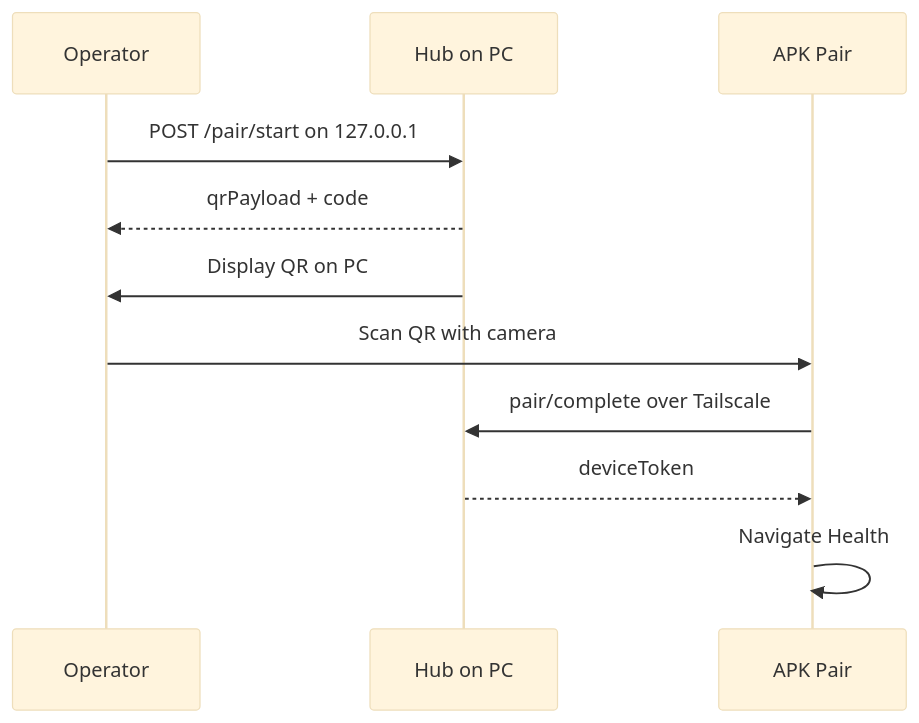
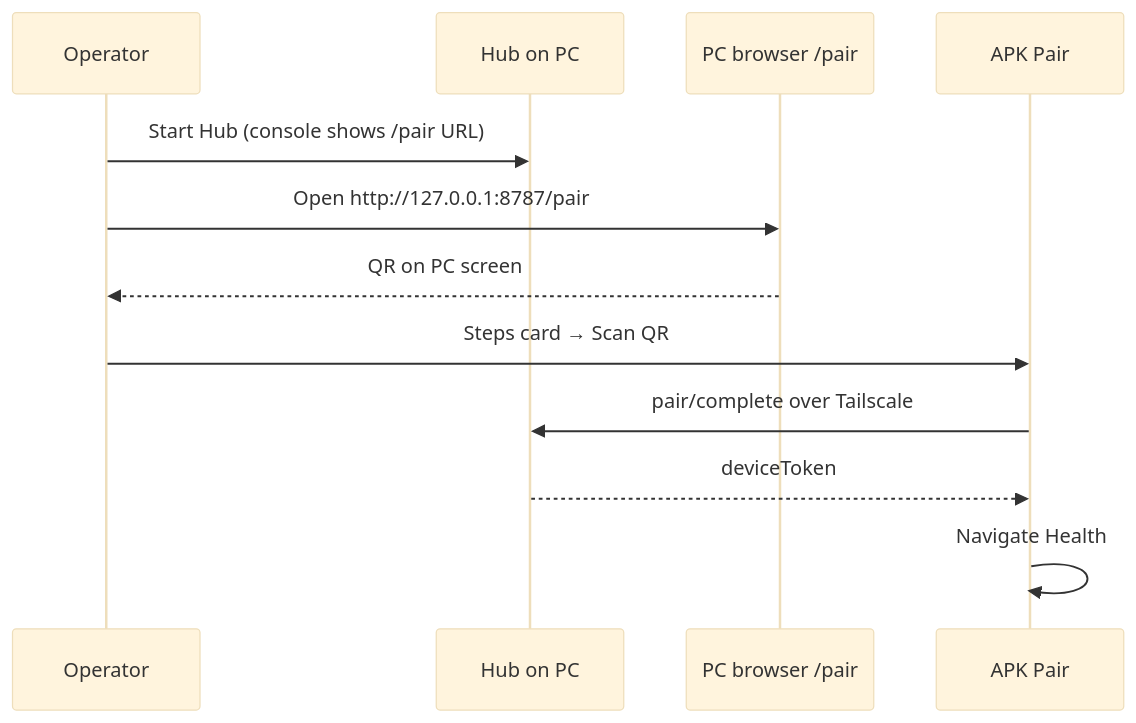
Before and after one commit to KingEGame/cursor-mobile: diagram 17 of 23 in .planning/phases/05-mobile-ux-contract/05-UI-SPEC.md, drawn with Mermaid (base theme). The commit also changed other lines of this file and 19 other files, not shown here.

````diff
--- a/.planning/phases/05-mobile-ux-contract/05-UI-SPEC.md
+++ b/.planning/phases/05-mobile-ux-contract/05-UI-SPEC.md
@@ -980,13 +1056,14 @@
 ```mermaid
 sequenceDiagram
   participant Op as Operator
-  participant PC as Hub on PC
+  participant Hub as Hub on PC
+  participant Browser as PC browser /pair
   participant Phone as APK Pair
-  Op->>PC: POST /pair/start on 127.0.0.1
-  PC-->>Op: qrPayload + code
-  PC->>Op: Display QR on PC
-  Op->>Phone: Scan QR with camera
-  Phone->>PC: pair/complete over Tailscale
-  PC-->>Phone: deviceToken
+  Op->>Hub: Start Hub (console shows /pair URL)
+  Op->>Browser: Open http://127.0.0.1:8787/pair
+  Browser-->>Op: QR on PC screen
+  Op->>Phone: Steps card → Scan QR
+  Phone->>Hub: pair/complete over Tailscale
+  Hub-->>Phone: deviceToken
   Phone->>Phone: Navigate Health
 ```
````
